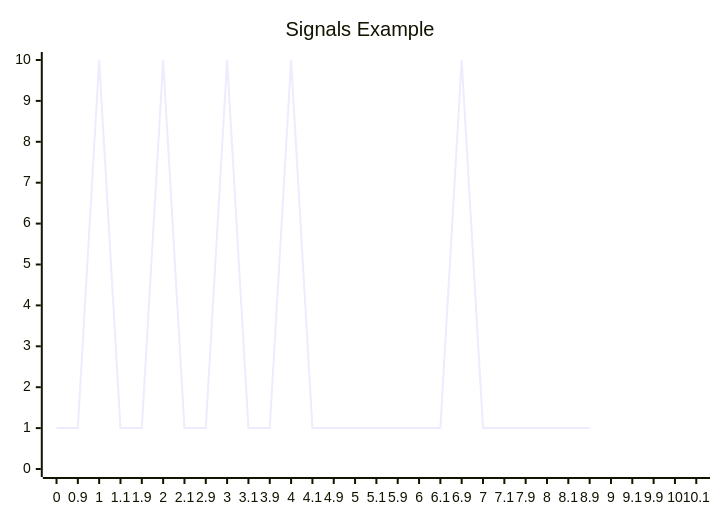
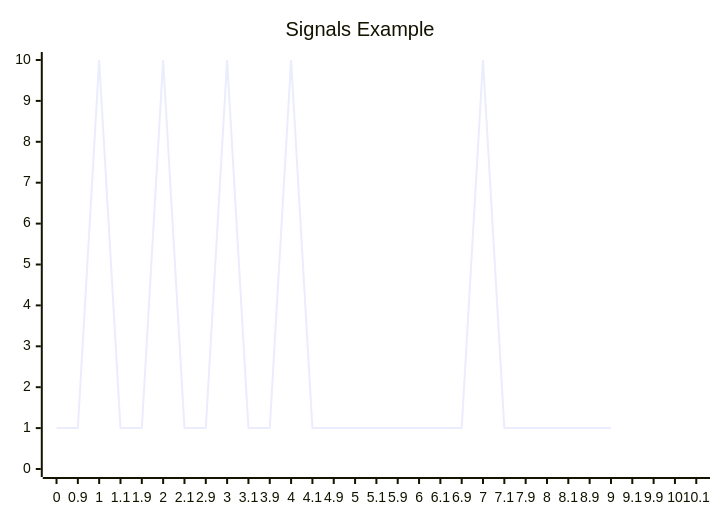
The diagram in README.md (DaanV2/signal-neural-network), drawn with Mermaid before and after one commit. The commit also changed other lines of this file and 2 other files, not shown here.

````diff
--- a/README.md
+++ b/README.md
@@ -8,7 +8,7 @@
 ```mermaid
 xychart-beta
     title "Signals Example"
     x-axis [0, 0.9, 1, 1.1, 1.9, 2, 2.1, 2.9, 3, 3.1, 3.9, 4, 4.1, 4.9, 5, 5.1, 5.9, 6, 6.1, 6.9, 7, 7.1, 7.9, 8, 8.1, 8.9, 9, 9.1, 9.9, 10, 10.1]
     y-axis "" 0 --> 10
-    line [1, 1, 10, 1, 1, 10, 1, 1, 10, 1, 1, 10, 1, 1, 1, 1, 1, 1, 1, 10, 1, 1, 1, 1, 1, 1 ]
+    line [1, 1, 10, 1, 1, 10, 1, 1, 10, 1, 1, 10, 1, 1, 1, 1, 1, 1, 1, 1, 10, 1, 1, 1, 1, 1, 1]
 ```
````
